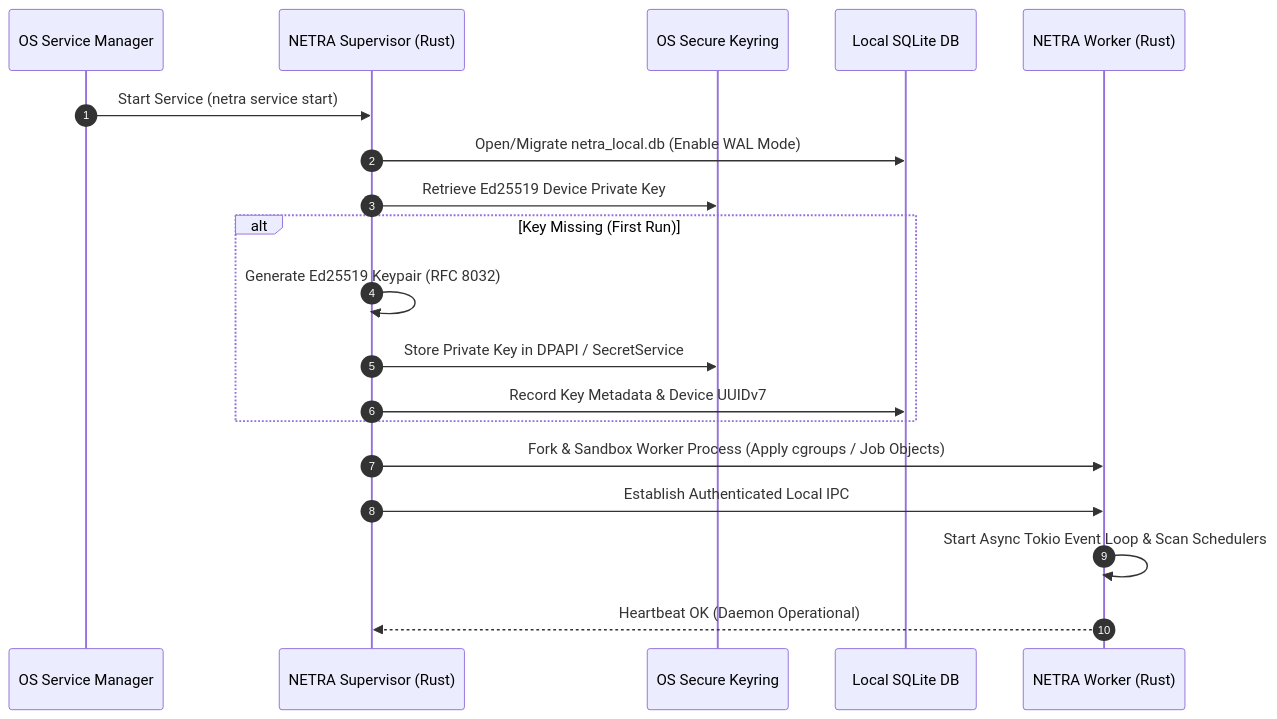
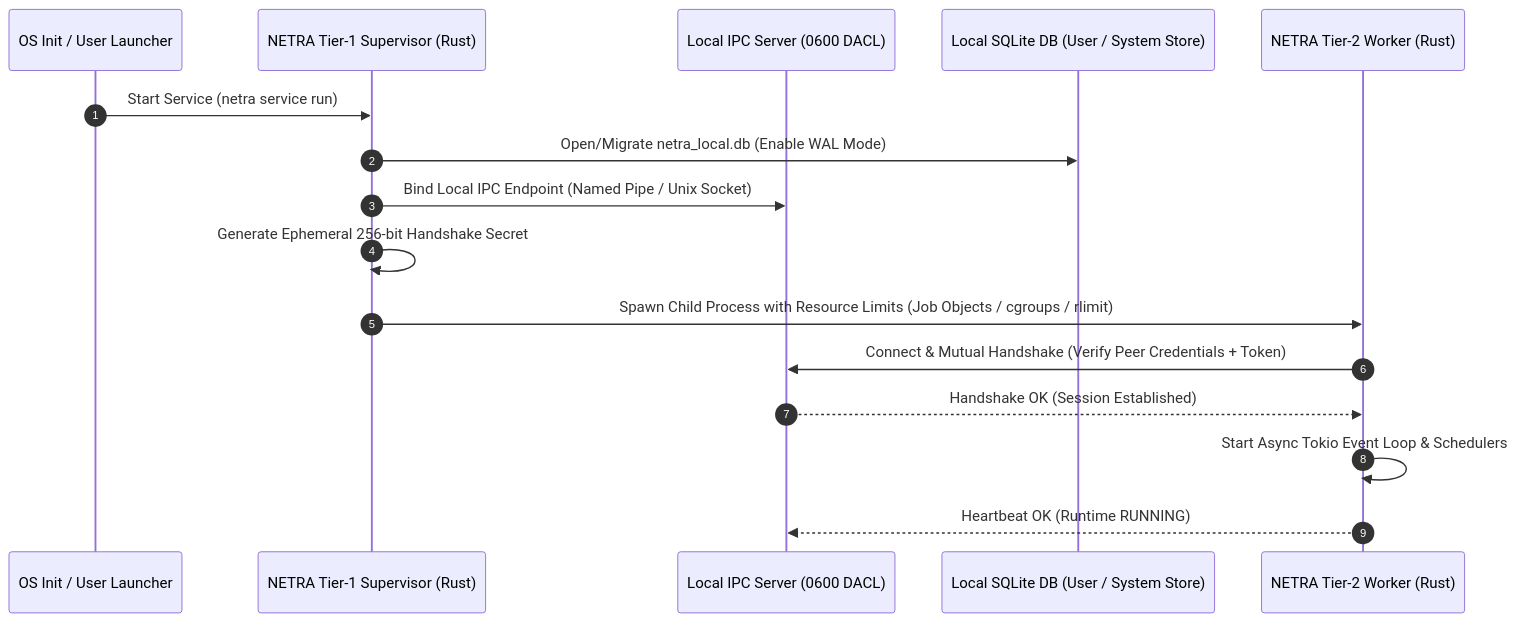
The third of 19 diagrams in docs/SYSTEM_DESIGN.md (Subhadip-Paul2006/NETRA-Backend), drawn with Mermaid before and after one commit. The commit also changed other lines of this file and 41 other files, not shown here.

First line of the commit message:
feat(phase2.3): implement privilege separation, process isolation, and local IPC foundation

````diff
--- a/docs/SYSTEM_DESIGN.md
+++ b/docs/SYSTEM_DESIGN.md
@@ -126,22 +137,19 @@
 ```mermaid
 sequenceDiagram
     autonumber
-    participant OS as OS Service Manager
-    participant Sup as NETRA Supervisor (Rust)
-    participant Keyring as OS Secure Keyring
-    participant DB as Local SQLite DB
-    participant Worker as NETRA Worker (Rust)
+    participant OS as OS Init / User Launcher
+    participant Sup as NETRA Tier-1 Supervisor (Rust)
+    participant IPC as Local IPC Server (0600 DACL)
+    participant DB as Local SQLite DB (User / System Store)
+    participant Worker as NETRA Tier-2 Worker (Rust)
 
-    OS->>Sup: Start Service (netra service start)
+    OS->>Sup: Start Service (netra service run)
     Sup->>DB: Open/Migrate netra_local.db (Enable WAL Mode)
-    Sup->>Keyring: Retrieve Ed25519 Device Private Key
-    alt Key Missing (First Run)
-        Sup->>Sup: Generate Ed25519 Keypair (RFC 8032)
-        Sup->>Keyring: Store Private Key in DPAPI / SecretService
-        Sup->>DB: Record Key Metadata & Device UUIDv7
-    end
-    Sup->>Worker: Fork & Sandbox Worker Process (Apply cgroups / Job Objects)
-    Sup->>Worker: Establish Authenticated Local IPC
-    Worker->>Worker: Start Async Tokio Event Loop & Scan Schedulers
-    Worker-->>Sup: Heartbeat OK (Daemon Operational)
+    Sup->>IPC: Bind Local IPC Endpoint (Named Pipe / Unix Socket)
+    Sup->>Sup: Generate Ephemeral 256-bit Handshake Secret
+    Sup->>Worker: Spawn Child Process with Resource Limits (Job Objects / cgroups / rlimit)
+    Worker->>IPC: Connect & Mutual Handshake (Verify Peer Credentials + Token)
+    IPC-->>Worker: Handshake OK (Session Established)
+    Worker->>Worker: Start Async Tokio Event Loop & Schedulers
+    Worker-->>IPC: Heartbeat OK (Runtime RUNNING)
 ```
````
